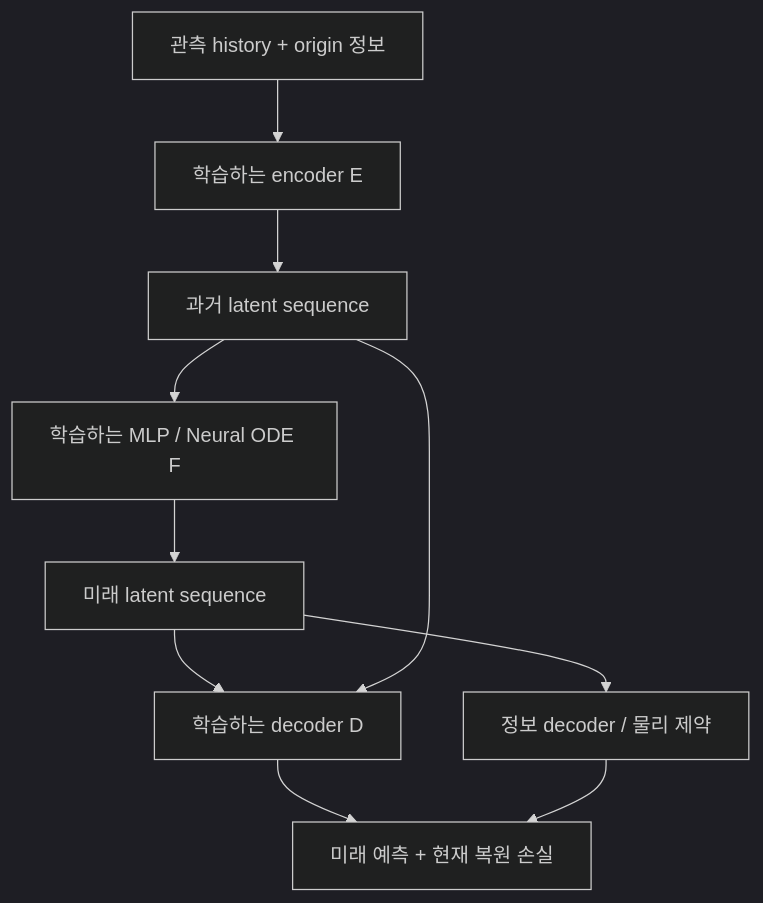
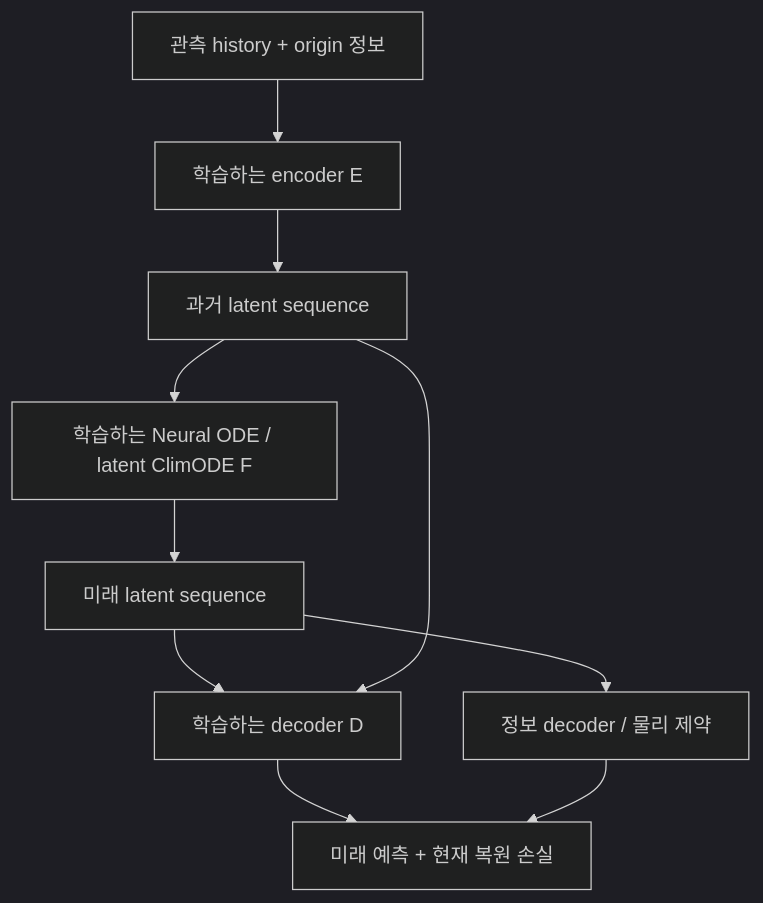
The diagram in docs/joint_training.md (nayehyeon61-glitch/climate_manifold), drawn with Mermaid (dark theme) before and after one commit. The commit also changed other lines of this file and 21 other files, not shown here.

First line of the commit message:
Forecast on spatial manifolds with latent ClimODE and Neural ODE

````diff
--- a/docs/joint_training.md
+++ b/docs/joint_training.md
@@ -7,12 +7,12 @@
 ```mermaid
 flowchart TD
   H["관측 history + origin 정보"] --> E["학습하는 encoder E"]
   E --> Z["과거 latent sequence"]
-  Z --> F["학습하는 MLP / Neural ODE F"]
+  Z --> F["학습하는 Neural ODE / latent ClimODE F"]
   F --> P["미래 latent sequence"]
   P --> D["학습하는 decoder D"]
   Z --> D
   D --> L["미래 예측 + 현재 복원 손실"]
   P --> I["정보 decoder / 물리 제약"]
   I --> L
 ```
````
